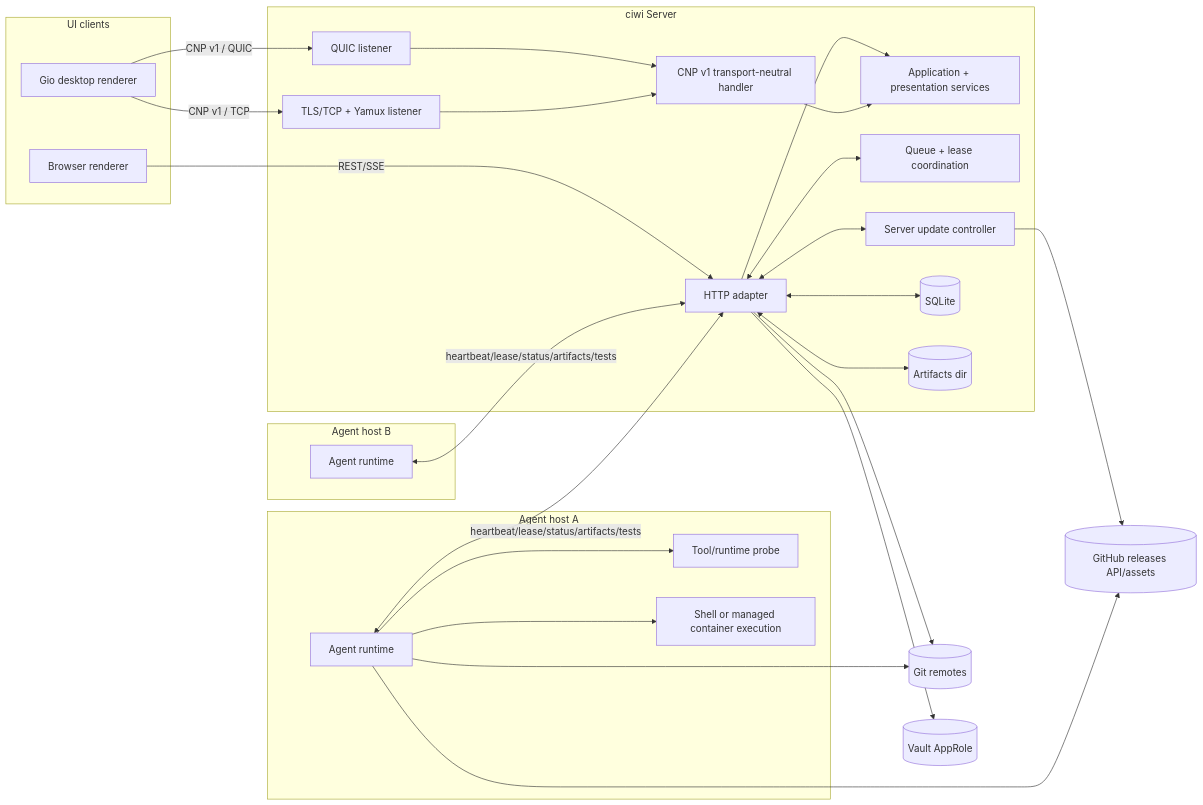
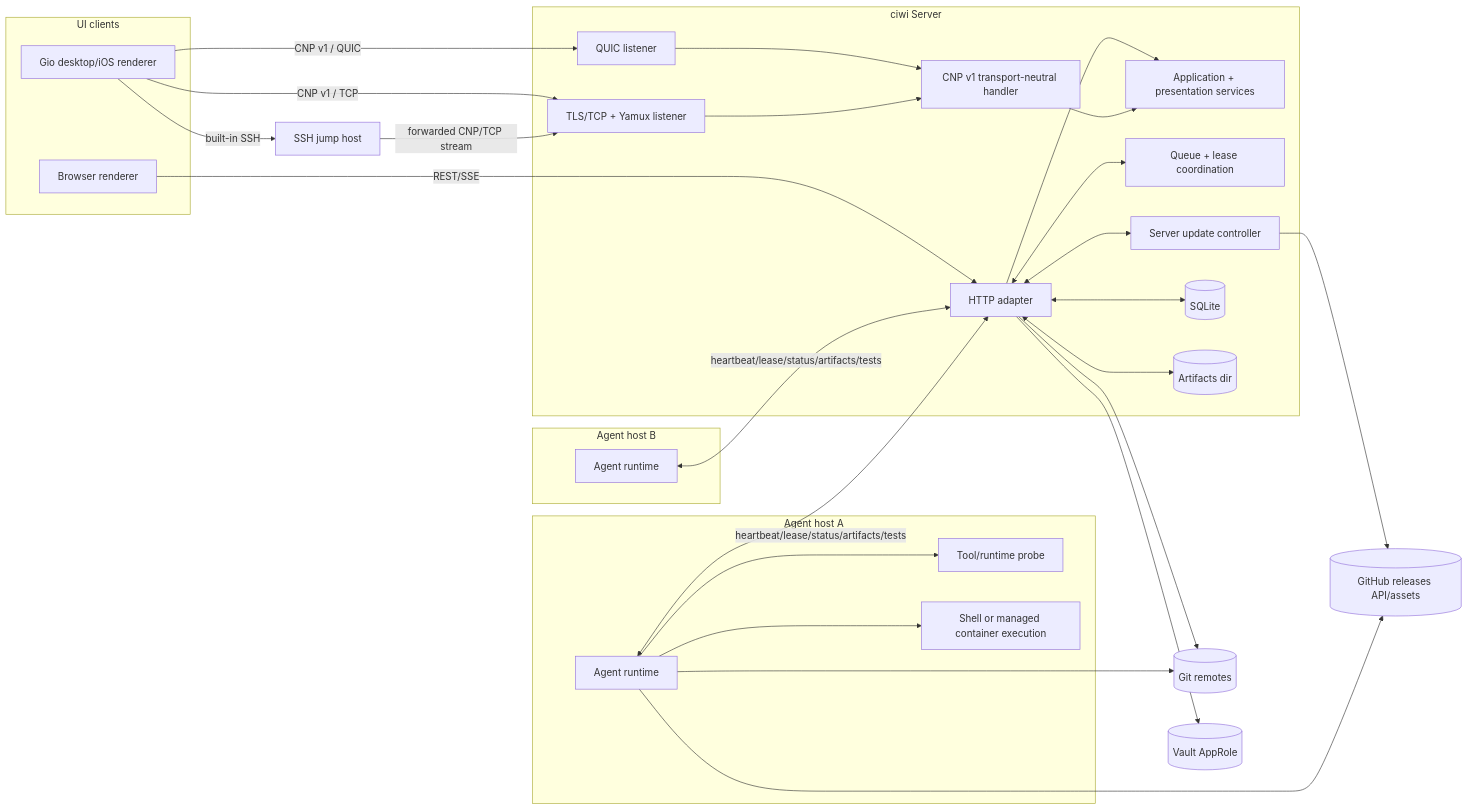
The second of 4 diagrams in docs/architecture.md (izzyreal/ciwi), drawn with Mermaid before and after one commit. The commit also changed other lines of this file and 19 other files, not shown here.

````diff
--- a/docs/architecture.md
+++ b/docs/architecture.md
@@ -60,56 +60,59 @@
 ```mermaid
 flowchart LR
   subgraph UI[UI clients]
     FE[Browser renderer]
-    DESKTOP[Gio desktop renderer]
+    NATIVEUI[Gio desktop/iOS renderer]
   end
 
   subgraph ServerHost[ciwi Server]
     API[HTTP adapter]
     NATIVE[CNP v1 transport-neutral handler]
     QUIC[QUIC listener]
     TCP[TLS/TCP + Yamux listener]
     APP[Application + presentation services]
     SCHED[Queue + lease coordination]
     UPDATE[Server update controller]
     DB[(SQLite)]
     ART[(Artifacts dir)]
   end
 
   subgraph AgentHostA[Agent host A]
     AGENTA[Agent runtime]
     TOOLS_A[Tool/runtime probe]
     EXEC_A[Shell or managed container execution]
   end
 
   subgraph AgentHostB[Agent host B]
     AGENTB[Agent runtime]
   end
 
   GIT[(Git remotes)]
   GH[(GitHub releases API/assets)]
   VAULT[(Vault AppRole)]
+  SSH[SSH jump host]
 
   FE -->|REST/SSE| API
-  DESKTOP -->|CNP v1 / QUIC| QUIC
-  DESKTOP -->|CNP v1 / TCP| TCP
+  NATIVEUI -->|CNP v1 / QUIC| QUIC
+  NATIVEUI -->|CNP v1 / TCP| TCP
+  NATIVEUI -->|built-in SSH| SSH
+  SSH -->|forwarded CNP/TCP stream| TCP
   QUIC --> NATIVE
   TCP --> NATIVE
   API --> APP
   NATIVE --> APP
   API <--> DB
   API <--> ART
   API <--> SCHED
   API <--> UPDATE
 
   AGENTA <--> |heartbeat/lease/status/artifacts/tests| API
   AGENTB <--> |heartbeat/lease/status/artifacts/tests| API
   AGENTA --> TOOLS_A
   AGENTA --> EXEC_A
 
   API --> GIT
   AGENTA --> GIT
   UPDATE --> GH
   AGENTA --> GH
   API --> VAULT
 ```
````
